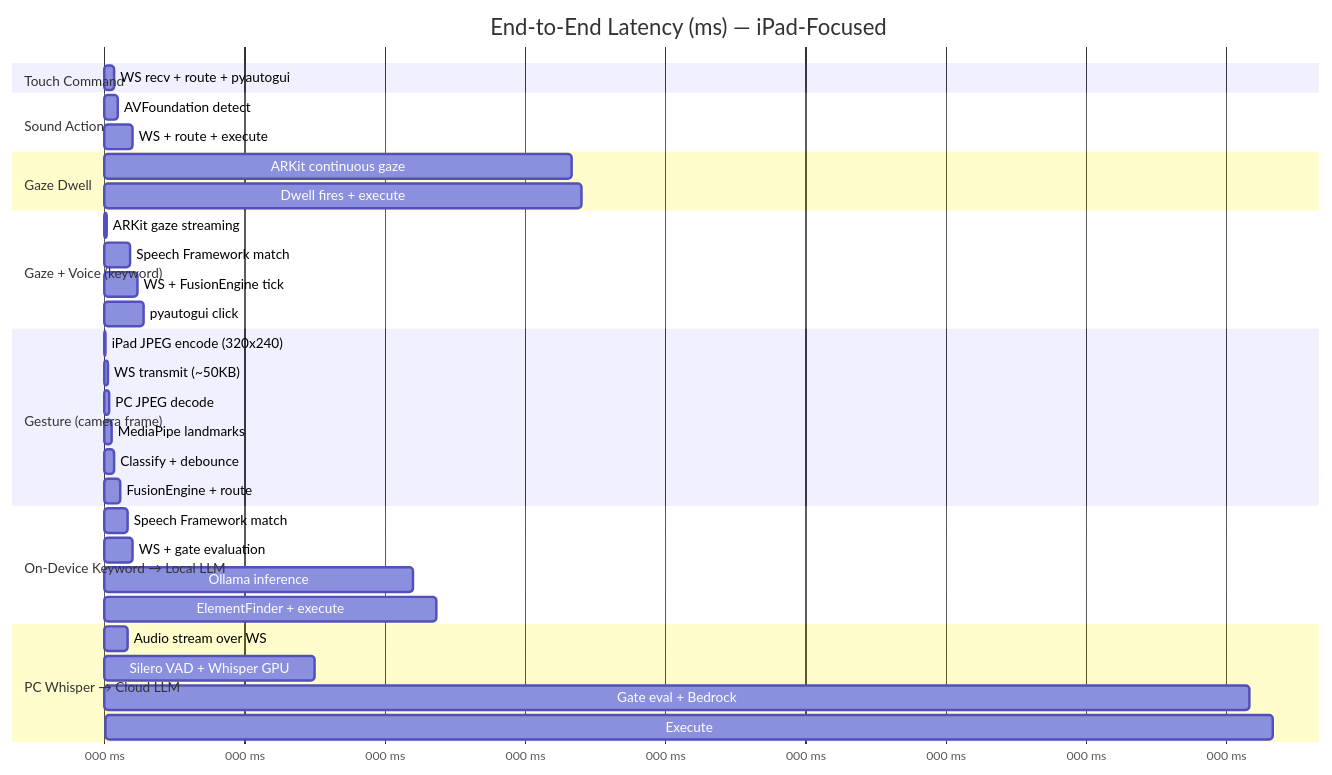
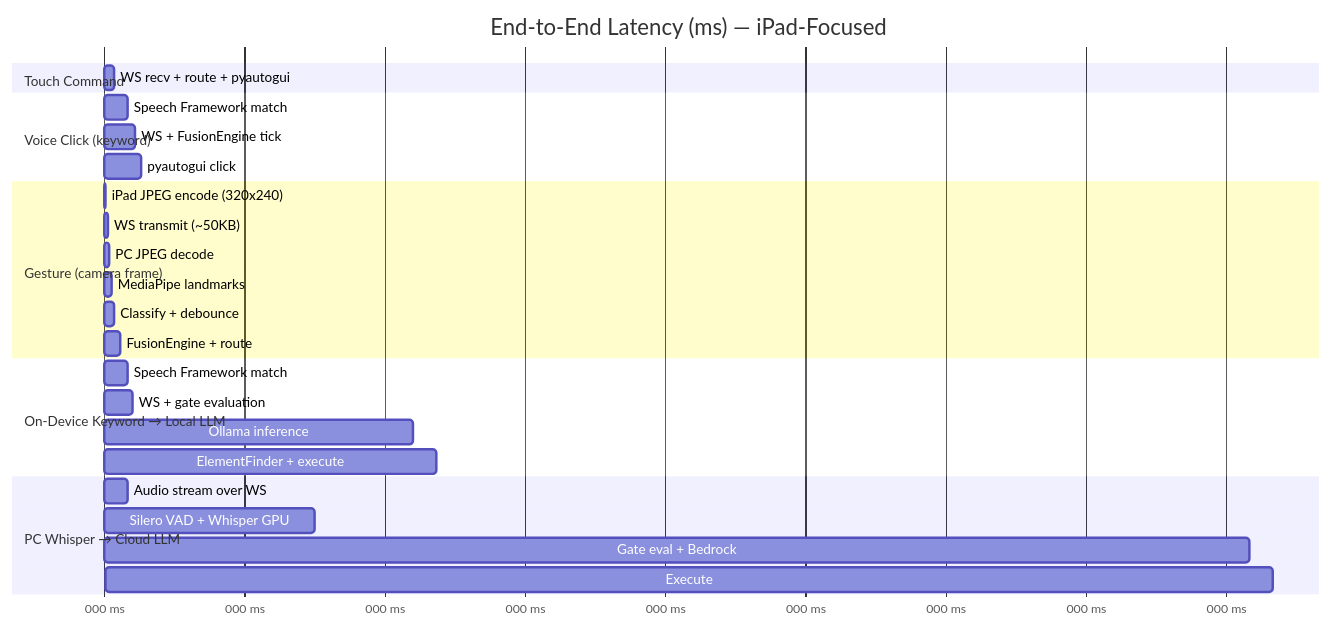
Before and after one commit to Bradly187/Personal-Desktop-Agent: the seventh of 7 diagrams in specs/ipad-sensor-focus/diagrams/05-data-flow.md, drawn with Mermaid. The commit also changed other lines of this file and 16 other files, not shown here.

````diff
--- a/specs/ipad-sensor-focus/diagrams/05-data-flow.md
+++ b/specs/ipad-sensor-focus/diagrams/05-data-flow.md
@@ -379,43 +333,34 @@
 ```mermaid
 gantt
     title End-to-End Latency (ms) — iPad-Focused
     dateFormat  X
     axisFormat  %L ms
 
     section Touch Command
     WS recv + route + pyautogui  :0, 20
 
-    section Sound Action
-    AVFoundation detect          :0, 30
-    WS + route + execute         :30, 60
-
-    section Gaze Dwell
-    ARKit continuous gaze        :0, 1000
-    Dwell fires + execute        :1000, 1020
-
-    section Gaze + Voice (keyword)
-    ARKit gaze streaming         :0, 5
-    Speech Framework match       :5, 55
-    WS + FusionEngine tick       :55, 72
-    pyautogui click              :72, 85
+    section Voice Click (keyword)
+    Speech Framework match       :0, 50
+    WS + FusionEngine tick       :50, 67
+    pyautogui click              :67, 80
 
     section Gesture (camera frame)
     iPad JPEG encode (320x240)   :0, 3
     WS transmit (~50KB)          :3, 8
     PC JPEG decode               :8, 10
     MediaPipe landmarks          :10, 15
     Classify + debounce          :15, 20
     FusionEngine + route         :20, 35
 
     section On-Device Keyword → Local LLM
     Speech Framework match       :0, 50
     WS + gate evaluation         :50, 60
     Ollama inference             :60, 660
     ElementFinder + execute      :660, 710
 
     section PC Whisper → Cloud LLM
     Audio stream over WS         :0, 50
     Silero VAD + Whisper GPU     :50, 450
     Gate eval + Bedrock          :450, 2450
     Execute                      :2450, 2500
 ```
````
